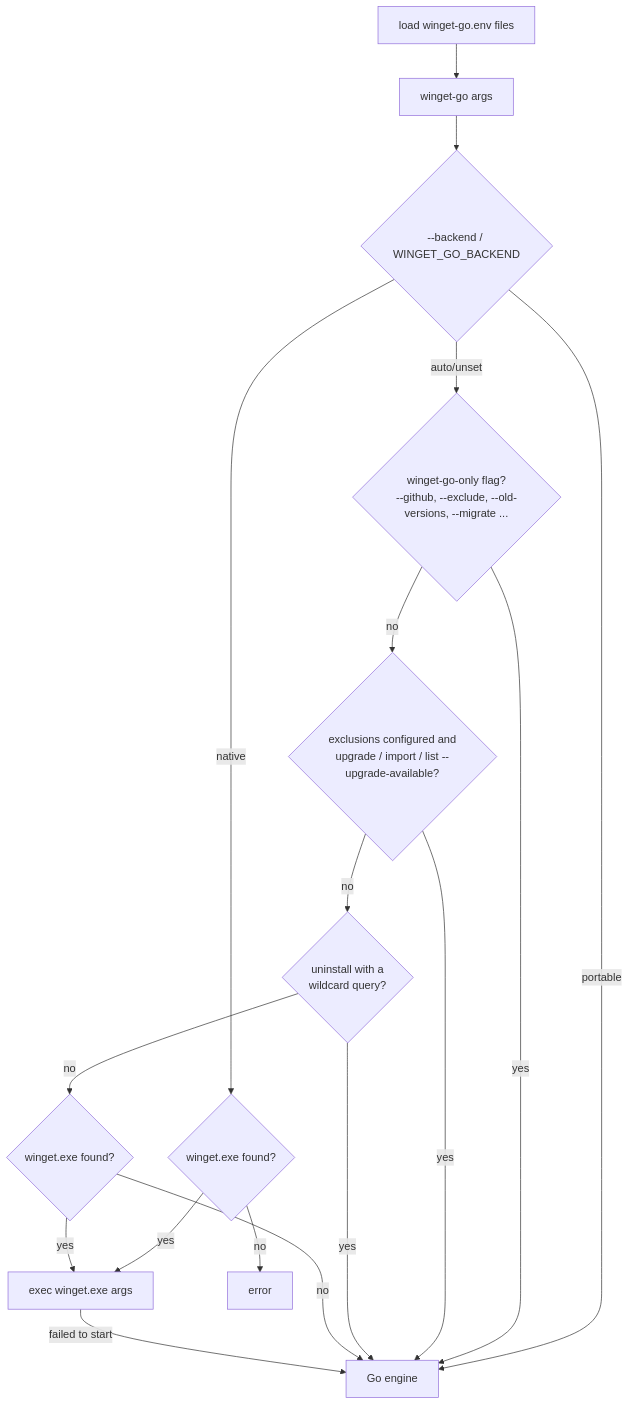
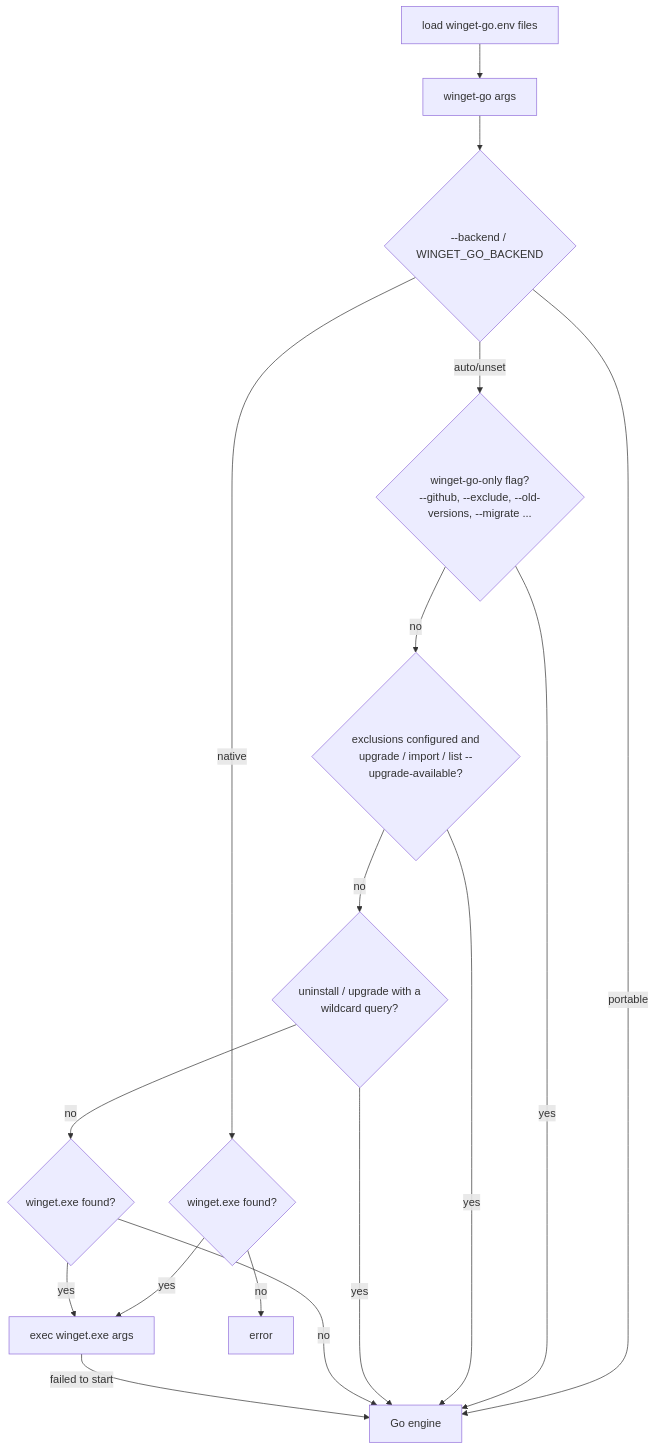
The first of 3 diagrams in docs/ARCHITECTURE.md (badamsz/winget-go), drawn with Mermaid before and after one commit. The commit also changed other lines of this file and 6 other files, not shown here.

First line of the commit message:
upgrade: wildcard queries, matched like uninstall

````diff
--- a/docs/ARCHITECTURE.md
+++ b/docs/ARCHITECTURE.md
@@ -21,19 +21,19 @@
 ```mermaid
 flowchart TD
     S[load winget-go.env files] --> A
     A[winget-go args] --> B{--backend / WINGET_GO_BACKEND}
     B -- portable --> P[Go engine]
     B -- native --> N{winget.exe found?}
     N -- yes --> X[exec winget.exe args]
     N -- no --> E[error]
     B -- auto/unset --> G{winget-go-only flag?<br/>--github, --exclude, --old-versions, --migrate ...}
     G -- yes --> P
     G -- no --> XC{exclusions configured and<br/>upgrade / import / list --upgrade-available?}
     XC -- yes --> P
-    XC -- no --> WU{uninstall with a<br/>wildcard query?}
+    XC -- no --> WU{uninstall / upgrade with a<br/>wildcard query?}
     WU -- yes --> P
     WU -- no --> F{winget.exe found?}
     F -- yes --> X
     F -- no --> P
     X -- failed to start --> P
 ```
````
